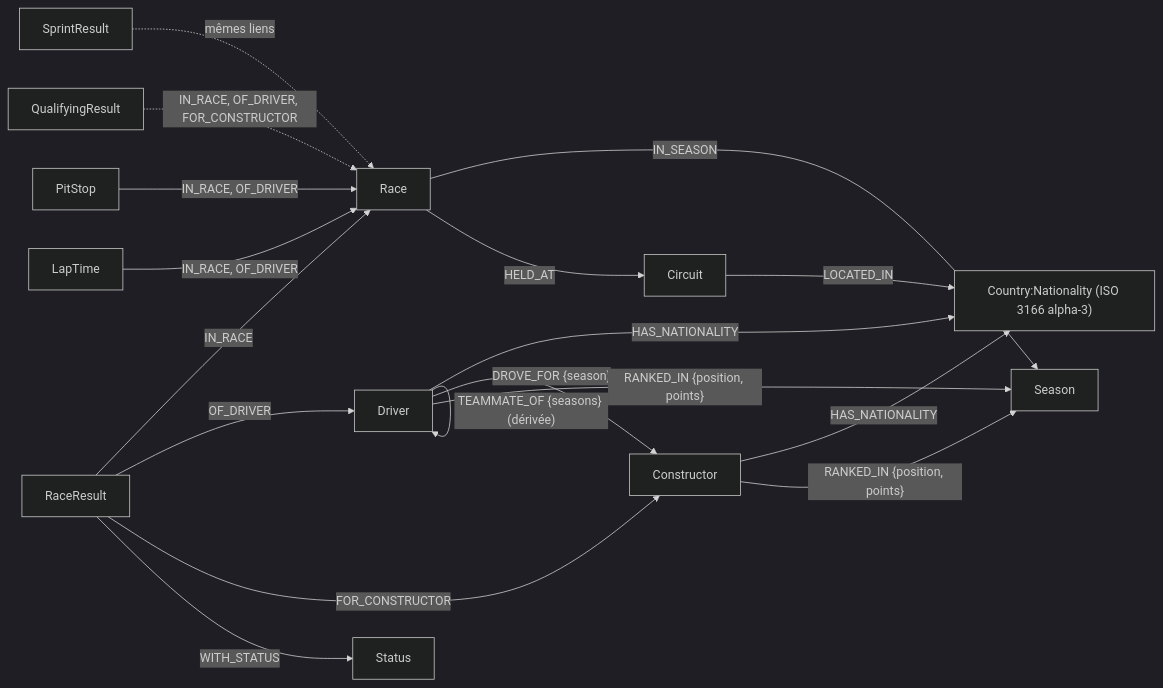
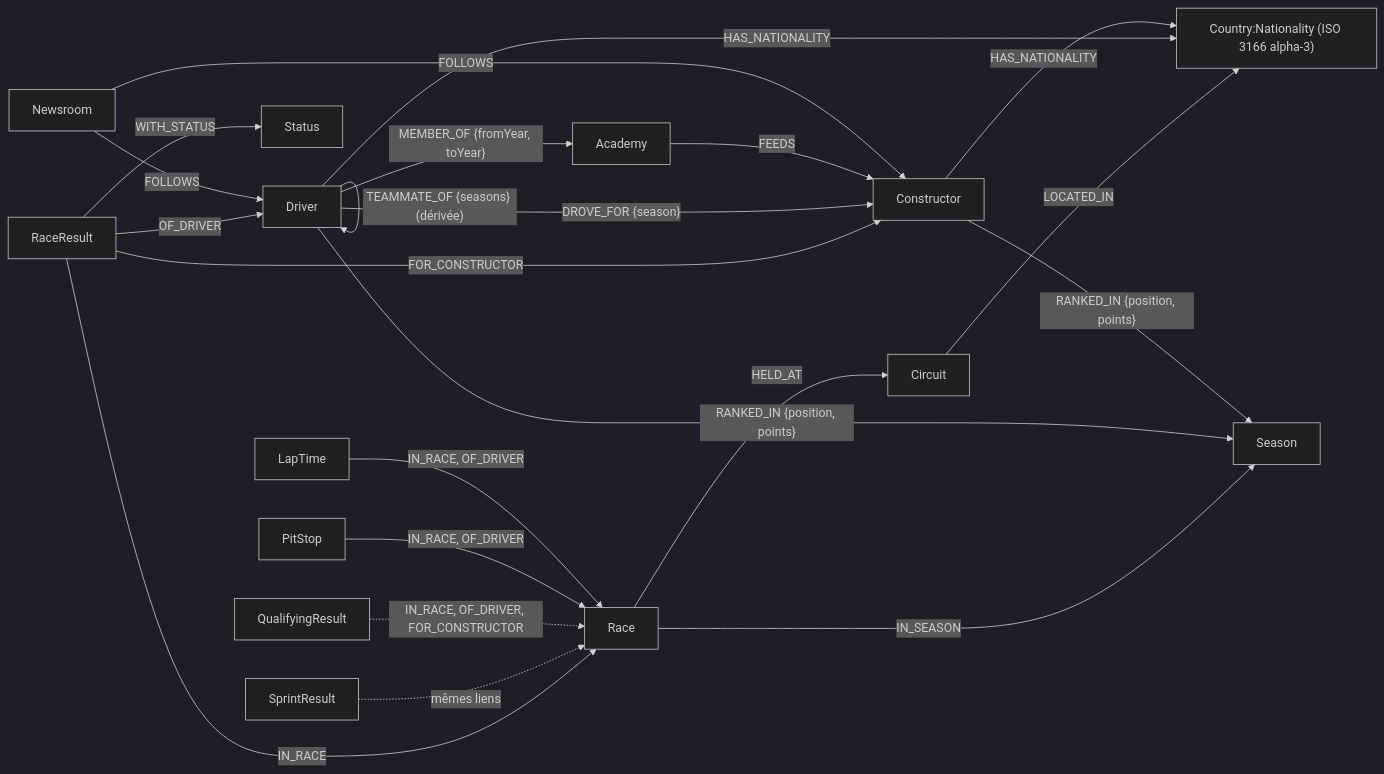
The diagram in docs/modele-graphe.md (lanfr144/f1-graph), drawn with Mermaid (dark theme) before and after one commit. The commit also changed other lines of this file and 5 other files, not shown here.

````diff
--- a/docs/modele-graphe.md
+++ b/docs/modele-graphe.md
@@ -60,20 +82,24 @@
 ```mermaid
 graph LR
   Race -- IN_SEASON --> Season
   Race -- HELD_AT --> Circuit
   Circuit -- LOCATED_IN --> Pays["Country:Nationality (ISO 3166 alpha-3)"]
   Driver -- HAS_NATIONALITY --> Pays
   Constructor -- HAS_NATIONALITY --> Pays
   RaceResult -- IN_RACE --> Race
   RaceResult -- OF_DRIVER --> Driver
   RaceResult -- FOR_CONSTRUCTOR --> Constructor
   RaceResult -- WITH_STATUS --> Status
   SprintResult -. mêmes liens .-> Race
   QualifyingResult -. IN_RACE, OF_DRIVER, FOR_CONSTRUCTOR .-> Race
   PitStop -- IN_RACE, OF_DRIVER --> Race
   LapTime -- IN_RACE, OF_DRIVER --> Race
   Driver -- "DROVE_FOR {season}" --> Constructor
   Driver -- "RANKED_IN {position, points}" --> Season
   Constructor -- "RANKED_IN {position, points}" --> Season
   Driver -- "TEAMMATE_OF {seasons} (dérivée)" --> Driver
+  Driver -- "MEMBER_OF {fromYear, toYear}" --> Academy
+  Academy -- FEEDS --> Constructor
+  Newsroom -- FOLLOWS --> Driver
+  Newsroom -- FOLLOWS --> Constructor
 ```
````
